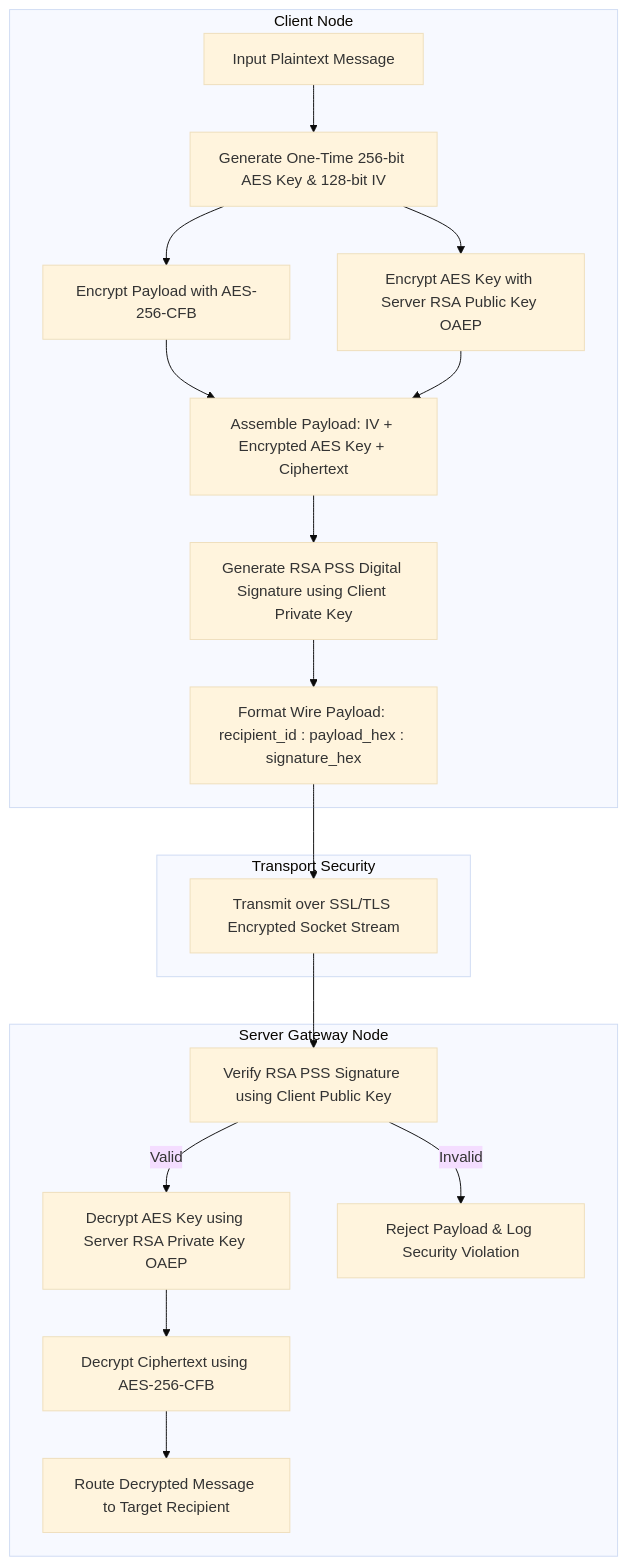
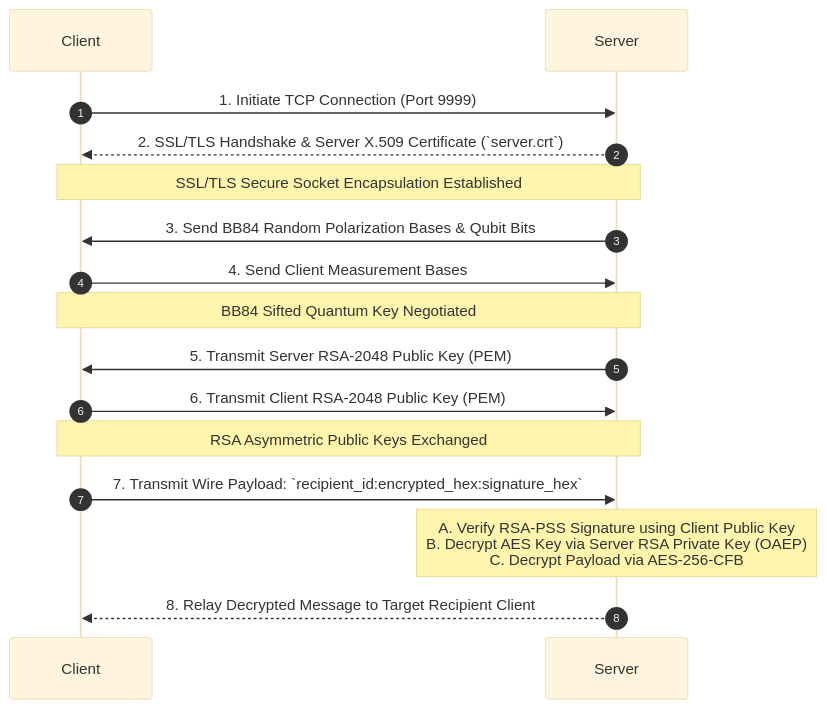
One commit to PraneethReddy-github/Secure-Client-Server-SSL-RSA-AES-QKD changed the diagram in README.md. Above: the diagram before and after it, drawn with Mermaid (base theme). The commit also changed other lines of this file and 6 other files, not shown here.

Commit message:
feat: unify SSL/TLS, BB84 QKD, RSA-AES hybrid crypto, and dual research publications with 100% test coverage

````diff
--- a/README.md
+++ b/README.md
@@ -42,24 +65,22 @@
 ```mermaid
-graph TD
-    subgraph Client Node
-        A[Input Plaintext Message] --> B[Generate One-Time 256-bit AES Key & 128-bit IV]
-        B --> C[Encrypt Payload with AES-256-CFB]
-        B --> D[Encrypt AES Key with Server RSA Public Key OAEP]
-        C --> E[Assemble Payload: IV + Encrypted AES Key + Ciphertext]
-        D --> E
-        E --> F[Generate RSA PSS Digital Signature using Client Private Key]
-        F --> G[Format Wire Payload: recipient_id : payload_hex : signature_hex]
-    end
+sequenceDiagram
+    autonumber
+    participant Client
+    participant Server
 
-    subgraph Transport Security
-        G --> H[Transmit over SSL/TLS Encrypted Socket Stream]
-    end
+    Client->>Server: 1. Initiate TCP Connection (Port 9999)
+    Server-->>Client: 2. SSL/TLS Handshake & Server X.509 Certificate (`server.crt`)
+    Note over Client,Server: SSL/TLS Secure Socket Encapsulation Established
 
-    subgraph Server Gateway Node
-        H --> I[Verify RSA PSS Signature using Client Public Key]
-        I -- Valid --> J[Decrypt AES Key using Server RSA Private Key OAEP]
-        I -- Invalid --> K[Reject Payload & Log Security Violation]
-        J --> L[Decrypt Ciphertext using AES-256-CFB]
-        L --> M[Route Decrypted Message to Target Recipient]
-    end
+    Server->>Client: 3. Send BB84 Random Polarization Bases & Qubit Bits
+    Client->>Server: 4. Send Client Measurement Bases
+    Note over Client,Server: BB84 Sifted Quantum Key Negotiated
+
+    Server->>Client: 5. Transmit Server RSA-2048 Public Key (PEM)
+    Client->>Server: 6. Transmit Client RSA-2048 Public Key (PEM)
+    Note over Client,Server: RSA Asymmetric Public Keys Exchanged
+
+    Client->>Server: 7. Transmit Wire Payload: `recipient_id:encrypted_hex:signature_hex`
+    Note over Server: A. Verify RSA-PSS Signature using Client Public Key<br/>B. Decrypt AES Key via Server RSA Private Key (OAEP)<br/>C. Decrypt Payload via AES-256-CFB
+    Server-->>Client: 8. Relay Decrypted Message to Target Recipient Client
 ```
````
